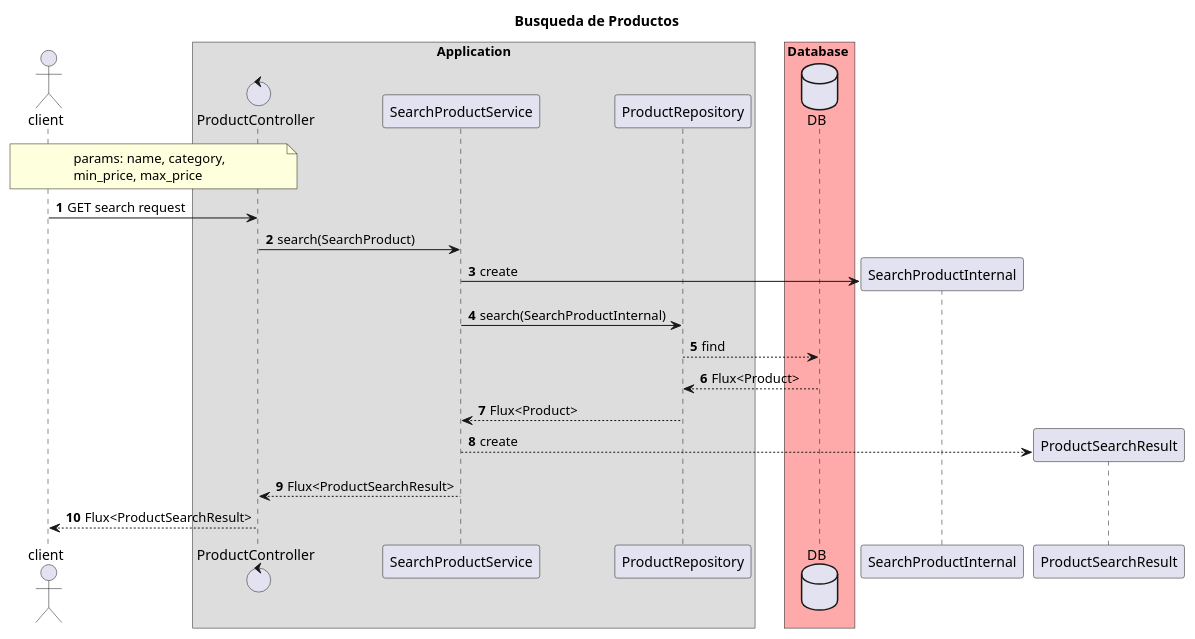
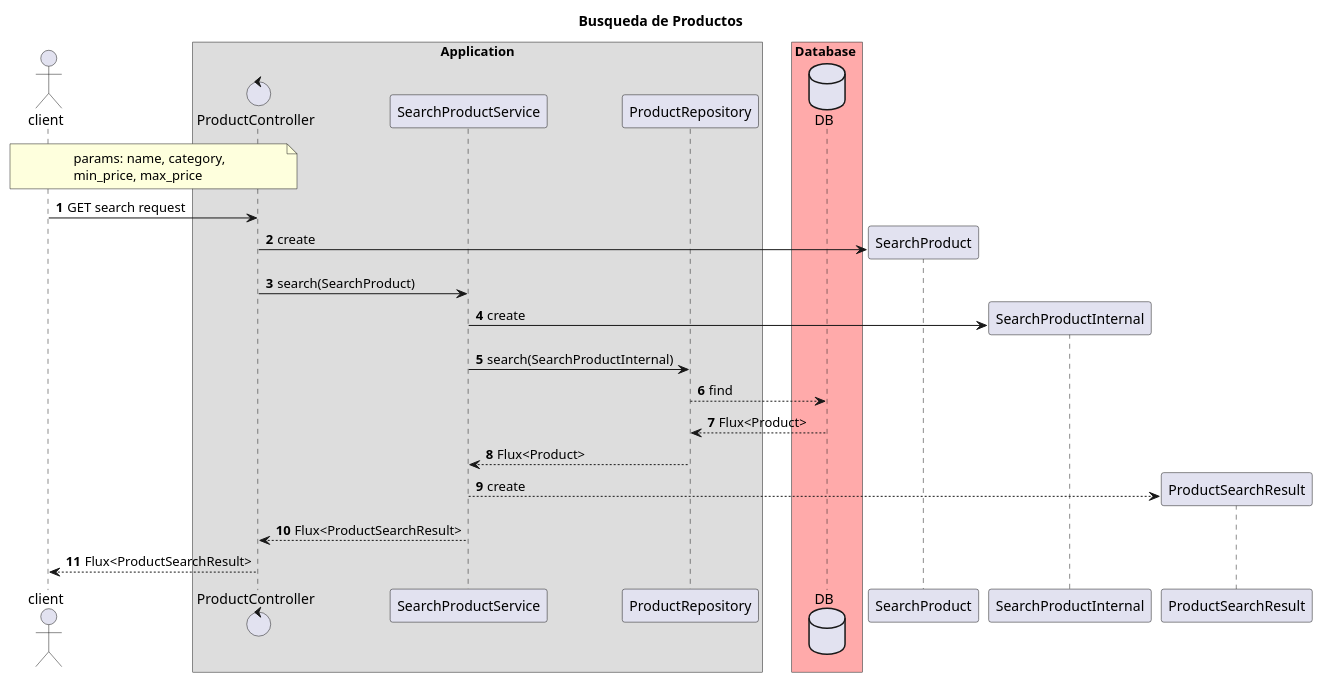
The diagram in docs/diagrams/sequence/search_product.puml (lucasmatw/arq2-marketplace-backend), drawn with PlantUML before and after one commit. The commit also changed 16 other files, not shown here.

Commit message:
Fix diagramas y price db type

```diff
--- a/docs/diagrams/sequence/search_product.puml
+++ b/docs/diagrams/sequence/search_product.puml
@@ -1,38 +1,40 @@
 @startuml
 'https://plantuml.com/sequence-diagram
 
 title Busqueda de Productos
 
 autonumber
 
 actor client
 
 box Application
 control ProductController
 participant SearchProductService
 participant ProductRepository
 end box
 
 
 box Database #FFAAAA
 database DB
 end box
 
 note over client, ProductController
     params: name, category,
     min_price, max_price
 end note
+
+
 client -> ProductController: GET search request
-
+ProductController -> SearchProduct ** : create
 
 ProductController -> SearchProductService: search(SearchProduct)
 SearchProductService -> SearchProductInternal ** : create
 SearchProductService -> ProductRepository : search(SearchProductInternal)
 ProductRepository --> DB : find
 DB --> ProductRepository : Flux<Product>
 ProductRepository --> SearchProductService : Flux<Product>
 SearchProductService --> ProductSearchResult ** : create
 SearchProductService --> ProductController: Flux<ProductSearchResult>
 ProductController --> client: Flux<ProductSearchResult>
 
 @enduml
```
